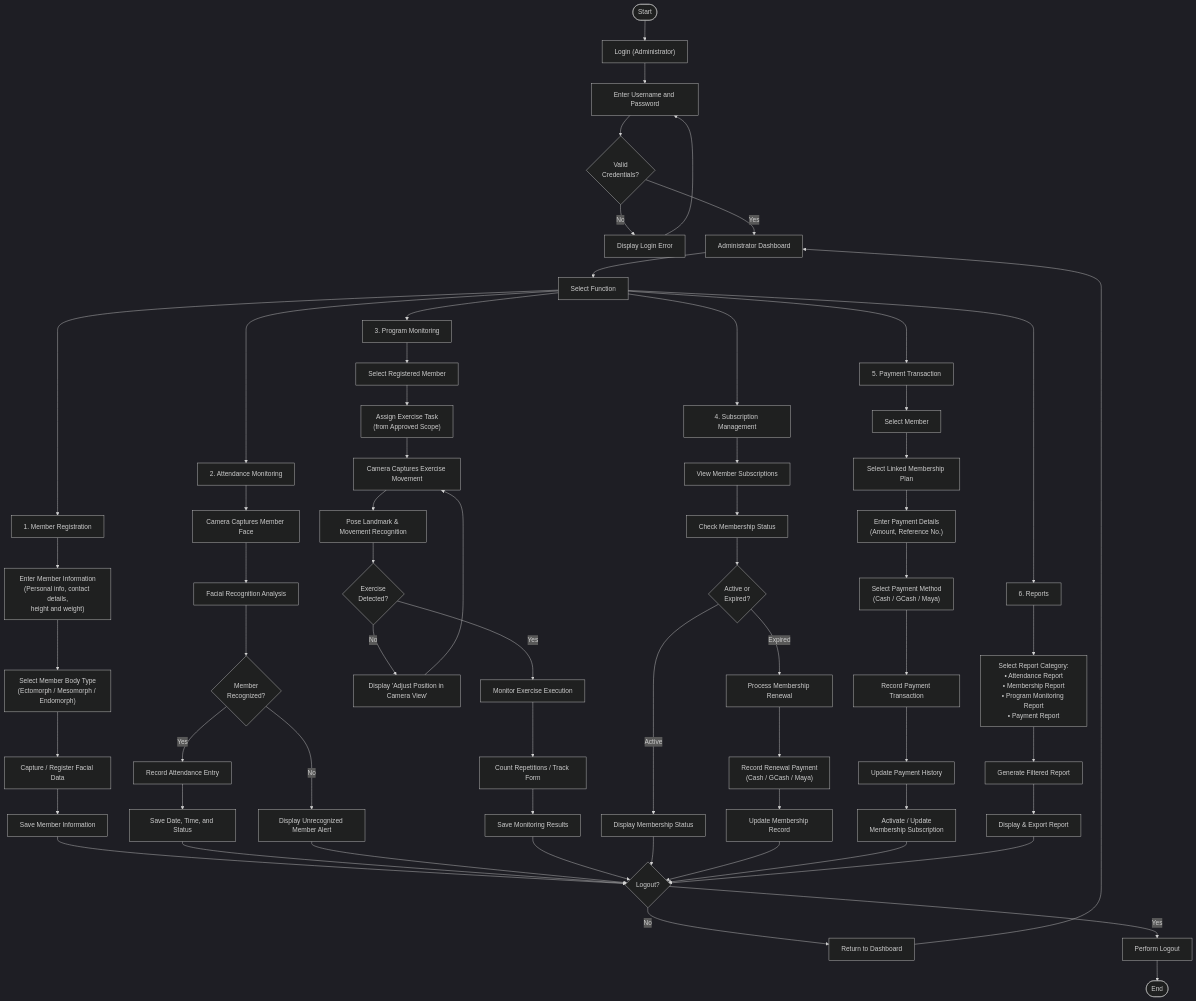
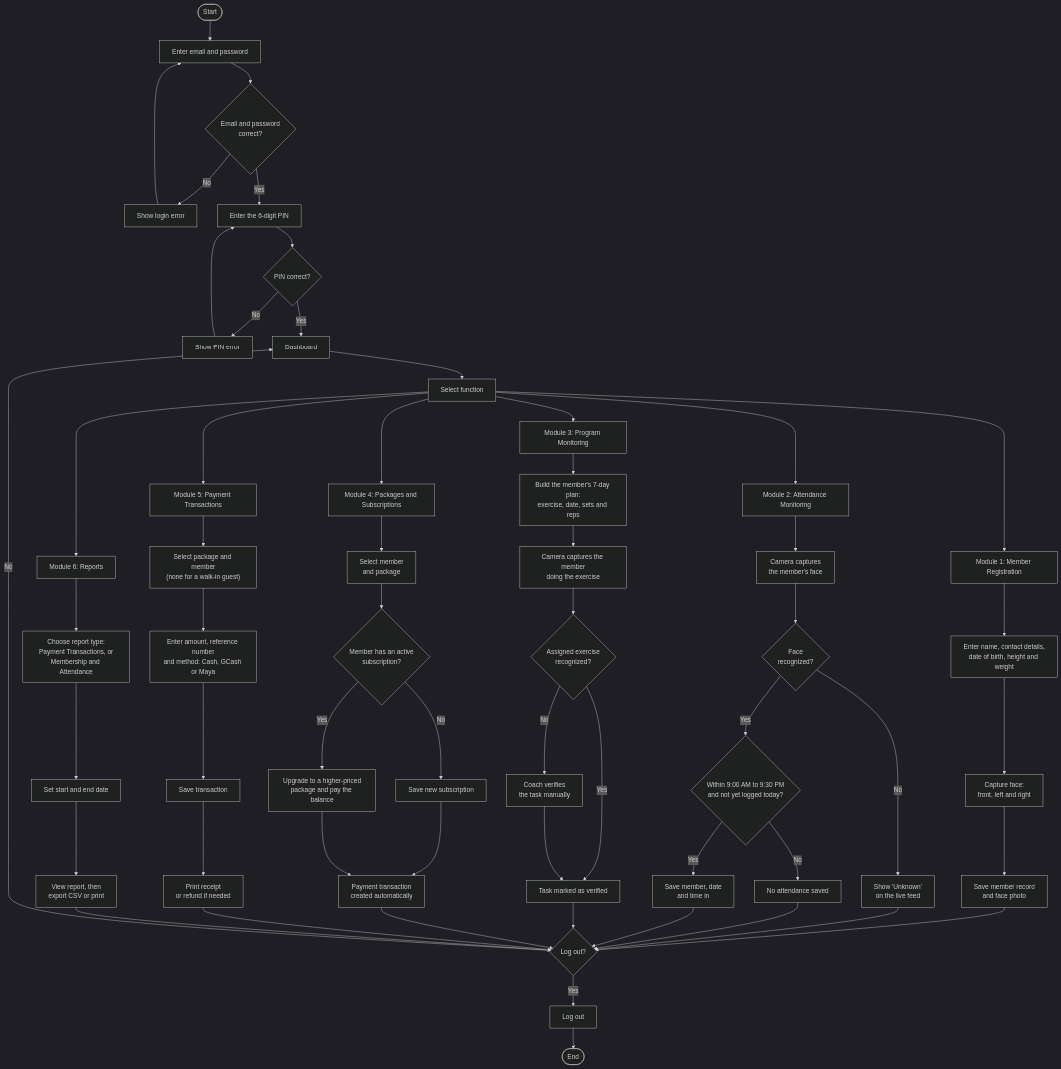
One commit to Plonteras191/GYM2-CAPSTONE changed the diagram in DOCUMENTATION/System Process Flow Diagram/New System Process Flow Diagram.md. Above: the diagram before and after it, drawn with Mermaid (dark theme). The commit also changed other lines of this file and 10 other files, not shown here.

First line of the commit message:
Update outdated diagrams in the documentation to match the system

````diff
--- a/DOCUMENTATION/System Process Flow Diagram/New System Process Flow Diagram.md
+++ b/DOCUMENTATION/System Process Flow Diagram/New System Process Flow Diagram.md
@@ -11,87 +11,65 @@
 ```mermaid
 flowchart TD
-    Start([Start]) --> Login["Login (Administrator)"]
-    Login --> Credentials["Enter Username and Password"]
-    Credentials --> ValidAuth{"Valid\nCredentials?"}
-    
-    ValidAuth -- "No" --> LoginError["Display Login Error"]
-    LoginError --> Credentials
-    
-    ValidAuth -- "Yes" --> Dashboard["Administrator Dashboard"]
-    Dashboard --> SelectFunc["Select Function"]
-    
-    %% Six Primary Functional Modules
-    SelectFunc --> M1["1. Member Registration"]
-    SelectFunc --> M2["2. Attendance Monitoring"]
-    SelectFunc --> M3["3. Program Monitoring"]
-    SelectFunc --> M4["4. Subscription Management"]
-    SelectFunc --> M5["5. Payment Transaction"]
-    SelectFunc --> M6["6. Reports"]
-    
-    %% Module 1: Member Registration
-    M1 --> M1_1["Enter Member Information\n(Personal info, contact details,\nheight and weight)"]
-    M1_1 --> M1_1b["Select Member Body Type\n(Ectomorph / Mesomorph / Endomorph)"]
-    M1_1b --> M1_2["Capture / Register Facial Data"]
-    M1_2 --> M1_3["Save Member Information"]
-    
-    %% Module 2: Attendance Monitoring
-    M2 --> M2_1["Camera Captures Member Face"]
-    M2_1 --> M2_2["Facial Recognition Analysis"]
-    M2_2 --> M2_Check{"Member\nRecognized?"}
-    M2_Check -- "No" --> M2_Fail["Display Unrecognized Member Alert"]
-    M2_Check -- "Yes" --> M2_3["Record Attendance Entry"]
-    M2_3 --> M2_4["Save Date, Time, and Status"]
-    
-    %% Module 3: Program Monitoring (Fix 2 & Fix 3 Applied)
-    M3 --> M3_1["Select Registered Member"]
-    M3_1 --> M3_2["Assign Exercise Task\n(from Approved Scope)"]
-    M3_2 --> M3_3["Camera Captures Exercise Movement"]
-    M3_3 --> M3_4["Pose Landmark & Movement Recognition"]
-    M3_4 --> M3_Check{"Exercise\nDetected?"}
-    M3_Check -- "No" --> M3_Fail["Display 'Adjust Position in Camera View'"]
-    M3_Fail --> M3_3
-    M3_Check -- "Yes" --> M3_5["Monitor Exercise Execution"]
-    M3_5 --> M3_6["Count Repetitions / Track Form"]
-    M3_6 --> M3_7["Save Monitoring Results"]
-    
-    %% Module 4: Subscription Management
-    M4 --> M4_1["View Member Subscriptions"]
-    M4_1 --> M4_2["Check Membership Status"]
-    M4_2 --> M4_Check{"Active or\nExpired?"}
-    M4_Check -- "Active" --> M4_Active["Display Membership Status"]
-    M4_Check -- "Expired" --> M4_Renew["Process Membership Renewal"]
-    M4_Renew --> M4_Pay["Record Renewal Payment\n(Cash / GCash / Maya)"]
-    M4_Pay --> M4_Update["Update Membership Record"]
-    
-    %% Module 5: Payment Transaction (Fix 4 & Fix 5 Applied)
-    M5 --> M5_1["Select Member"]
-    M5_1 --> M5_2["Select Linked Membership Plan"]
-    M5_2 --> M5_3["Enter Payment Details\n(Amount, Reference No.)"]
-    M5_3 --> M5_4["Select Payment Method\n(Cash / GCash / Maya)"]
-    M5_4 --> M5_5["Record Payment Transaction"]
-    M5_5 --> M5_6["Update Payment History"]
-    M5_6 --> M5_7["Activate / Update\nMembership Subscription"]
-    
-    %% Module 6: Reports
-    M6 --> M6_1["Select Report Category:\n• Attendance Report\n• Membership Report\n• Program Monitoring Report\n• Payment Report"]
-    M6_1 --> M6_2["Generate Filtered Report"]
-    M6_2 --> M6_3["Display & Export Report"]
-    
-    %% Return / Merge Paths to Session Decision
-    M1_3 --> LogoutCheck
-    M2_4 --> LogoutCheck
-    M2_Fail --> LogoutCheck
-    M3_7 --> LogoutCheck
-    M4_Active --> LogoutCheck
-    M4_Update --> LogoutCheck
-    M5_7 --> LogoutCheck
-    M6_3 --> LogoutCheck
-    
-    %% Session Control
-    LogoutCheck{"Logout?"}
-    LogoutCheck -- "No" --> ReturnDash["Return to Dashboard"]
-    ReturnDash --> Dashboard
-    
-    LogoutCheck -- "Yes" --> LogoutAction["Perform Logout"]
-    LogoutAction --> EndNode([End])
+    Start([Start]) --> Cred["Enter email and password"]
+    Cred --> Valid{"Email and password<br/>correct?"}
+    Valid -- No --> Err1["Show login error"]
+    Err1 --> Cred
+    Valid -- Yes --> EnterPin["Enter the 6-digit PIN"]
+    EnterPin --> PinOk{"PIN correct?"}
+    PinOk -- No --> Err2["Show PIN error"]
+    Err2 --> EnterPin
+    PinOk -- Yes --> Dash["Dashboard"]
+    Dash --> Select["Select function"]
+
+    Select --> A1["Module 1: Member Registration"]
+    A1 --> A2["Enter name, contact details,<br/>date of birth, height and weight"]
+    A2 --> A3["Capture face:<br/>front, left and right"]
+    A3 --> A4["Save member record<br/>and face photo"]
+
+    Select --> B1["Module 2: Attendance Monitoring"]
+    B1 --> B2["Camera captures<br/>the member's face"]
+    B2 --> B3{"Face<br/>recognized?"}
+    B3 -- No --> B4["Show 'Unknown'<br/>on the live feed"]
+    B3 -- Yes --> B5{"Within 9:00 AM to 9:30 PM<br/>and not yet logged today?"}
+    B5 -- No --> B6["No attendance saved"]
+    B5 -- Yes --> B7["Save member, date<br/>and time in"]
+
+    Select --> C1["Module 3: Program Monitoring"]
+    C1 --> C2["Build the member's 7-day plan:<br/>exercise, date, sets and reps"]
+    C2 --> C3["Camera captures the member<br/>doing the exercise"]
+    C3 --> C4{"Assigned exercise<br/>recognized?"}
+    C4 -- No --> C5["Coach verifies<br/>the task manually"]
+    C4 -- Yes --> C6["Task marked as verified"]
+    C5 --> C6
+
+    Select --> D1["Module 4: Packages and Subscriptions"]
+    D1 --> D2["Select member<br/>and package"]
+    D2 --> D3{"Member has an active<br/>subscription?"}
+    D3 -- Yes --> D4["Upgrade to a higher-priced<br/>package and pay the balance"]
+    D3 -- No --> D5["Save new subscription"]
+    D5 --> D6["Payment transaction<br/>created automatically"]
+    D4 --> D6
+
+    Select --> E1["Module 5: Payment Transactions"]
+    E1 --> E2["Select package and member<br/>(none for a walk-in guest)"]
+    E2 --> E3["Enter amount, reference number<br/>and method: Cash, GCash or Maya"]
+    E3 --> E4["Save transaction"]
+    E4 --> E5["Print receipt<br/>or refund if needed"]
+
+    Select --> F1["Module 6: Reports"]
+    F1 --> F2["Choose report type:<br/>Payment Transactions, or<br/>Membership and Attendance"]
+    F2 --> F3["Set start and end date"]
+    F3 --> F4["View report, then<br/>export CSV or print"]
+
+    A4 --> Out{"Log out?"}
+    B4 --> Out
+    B6 --> Out
+    B7 --> Out
+    C6 --> Out
+    D6 --> Out
+    E5 --> Out
+    F4 --> Out
+    Out -- No --> Dash
+    Out -- Yes --> Logout["Log out"]
+    Logout --> End([End])
 ```
````
